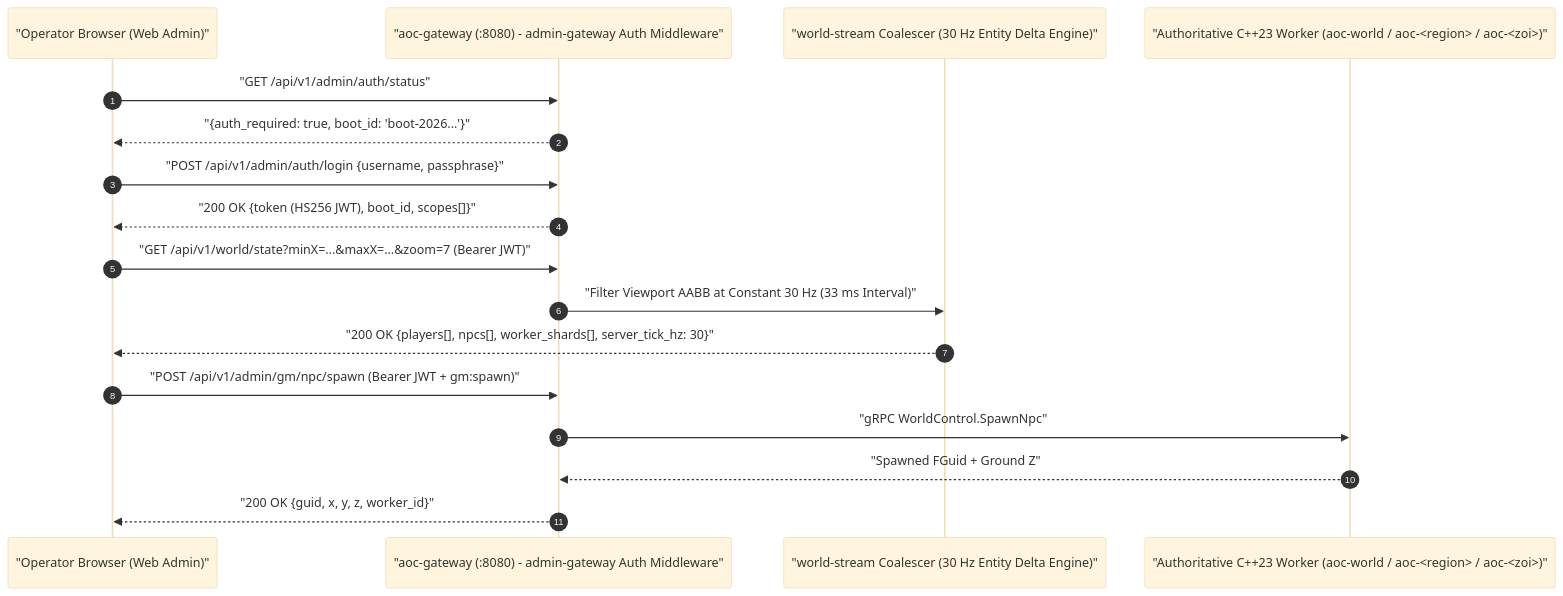
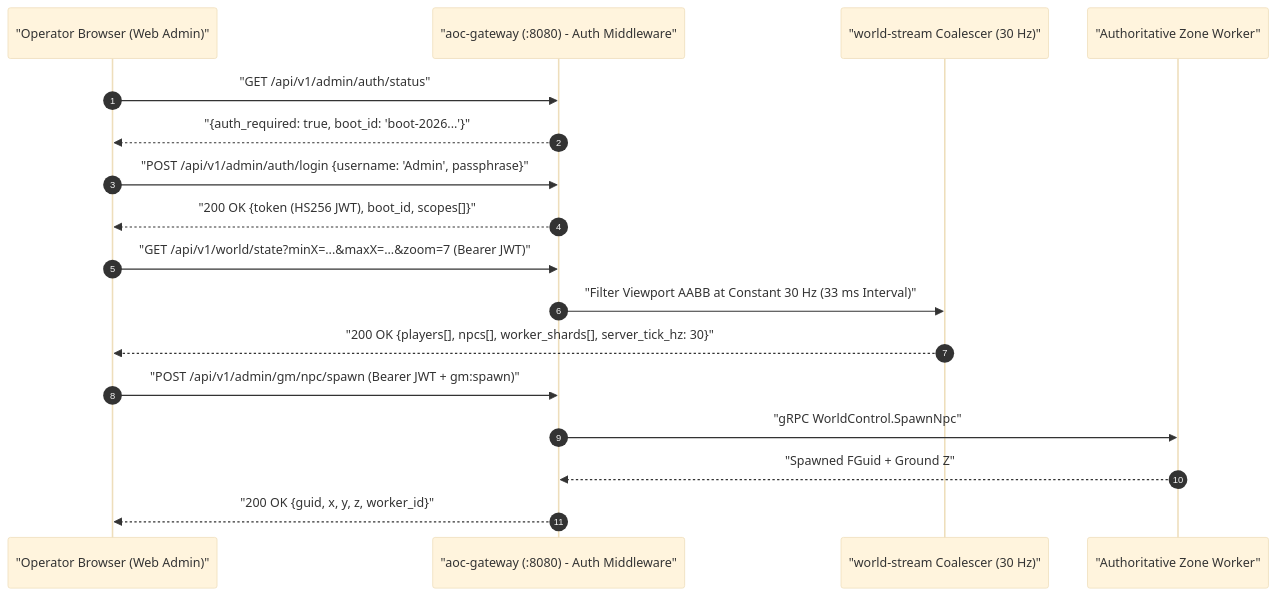
The diagram in docs/WEB_ADMIN.md (debuggin/SandalCore), drawn with Mermaid (base theme) before and after one commit. The commit also changed other lines of this file and 222 other files, not shown here.

First line of the commit message:
feat(web-admin): refine map POI labels, calendar, logs, and world state

````diff
--- a/docs/WEB_ADMIN.md
+++ b/docs/WEB_ADMIN.md
@@ -36,20 +33,20 @@
 ```mermaid
 sequenceDiagram
     autonumber
     participant Operator as "Operator Browser (Web Admin)"
-    participant Gateway as "aoc-gateway (:8080) - admin-gateway Auth Middleware"
-    participant Stream as "world-stream Coalescer (30 Hz Entity Delta Engine)"
-    participant Worker as "Authoritative C++23 Worker (aoc-world / aoc-<region> / aoc-<zoi>)"
+    participant Gateway as "aoc-gateway (:8080) - Auth Middleware"
+    participant Stream as "world-stream Coalescer (30 Hz)"
+    participant Worker as "Authoritative Zone Worker"
 
     Operator->>Gateway: "GET /api/v1/admin/auth/status"
     Gateway-->>Operator: "{auth_required: true, boot_id: 'boot-2026...'}"
-    Operator->>Gateway: "POST /api/v1/admin/auth/login {username, passphrase}"
+    Operator->>Gateway: "POST /api/v1/admin/auth/login {username: 'Admin', passphrase}"
     Gateway-->>Operator: "200 OK {token (HS256 JWT), boot_id, scopes[]}"
     Operator->>Gateway: "GET /api/v1/world/state?minX=...&maxX=...&zoom=7 (Bearer JWT)"
     Gateway->>Stream: "Filter Viewport AABB at Constant 30 Hz (33 ms Interval)"
     Stream-->>Operator: "200 OK {players[], npcs[], worker_shards[], server_tick_hz: 30}"
     Operator->>Gateway: "POST /api/v1/admin/gm/npc/spawn (Bearer JWT + gm:spawn)"
     Gateway->>Worker: "gRPC WorldControl.SpawnNpc"
     Worker-->>Gateway: "Spawned FGuid + Ground Z"
     Gateway-->>Operator: "200 OK {guid, x, y, z, worker_id}"
 ```
````
